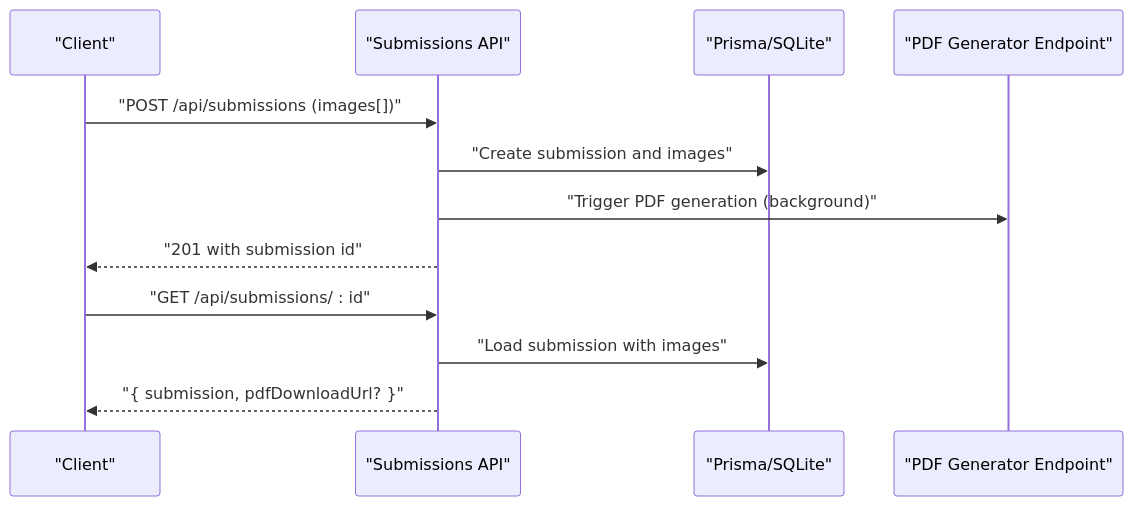
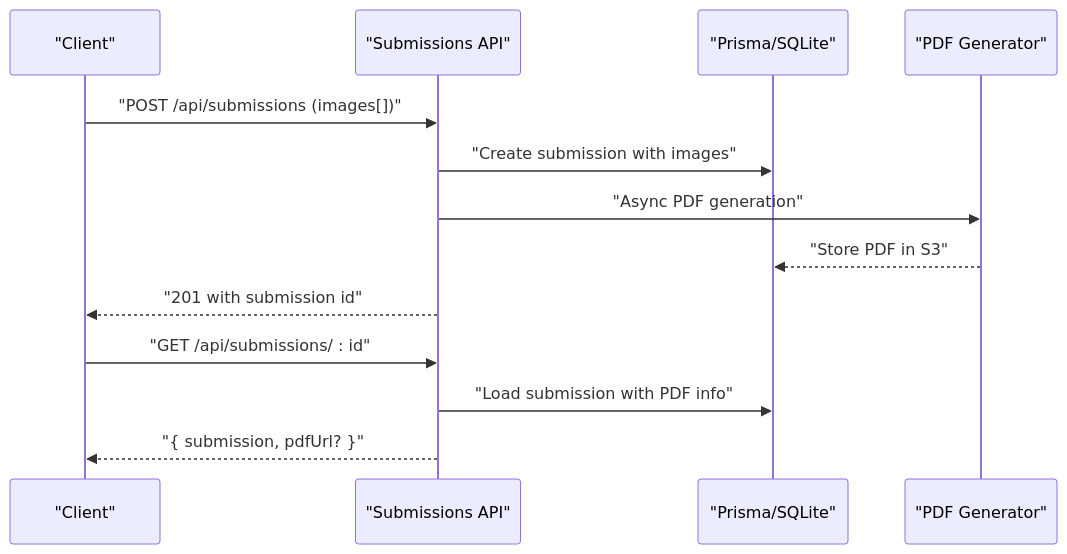
The fourth of 6 diagrams in .qoder/repowiki/en/content/Architecture Overview/Infrastructure Architecture.md (Crowdspender/titchybooks-app), drawn with Mermaid before and after one commit. The commit also changed other lines of this file and 62 other files, not shown here.

````diff
--- a/.qoder/repowiki/en/content/Architecture Overview/Infrastructure Architecture.md
+++ b/.qoder/repowiki/en/content/Architecture Overview/Infrastructure Architecture.md
@@ -211,14 +255,15 @@
 ```mermaid
 sequenceDiagram
 participant C as "Client"
 participant R as "Submissions API"
 participant DB as "Prisma/SQLite"
-participant PDF as "PDF Generator Endpoint"
+participant PDF as "PDF Generator"
 C->>R : "POST /api/submissions (images[])"
-R->>DB : "Create submission and images"
-R->>PDF : "Trigger PDF generation (background)"
+R->>DB : "Create submission with images"
+R->>PDF : "Async PDF generation"
+PDF-->>DB : "Store PDF in S3"
 R-->>C : "201 with submission id"
 C->>R : "GET /api/submissions/ : id"
-R->>DB : "Load submission with images"
-R-->>C : "{ submission, pdfDownloadUrl? }"
+R->>DB : "Load submission with PDF info"
+R-->>C : "{ submission, pdfUrl? }"
 ```
````
